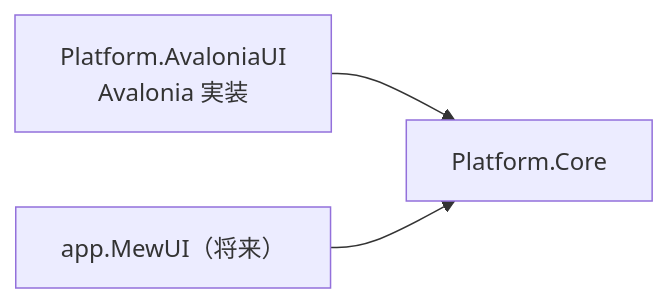
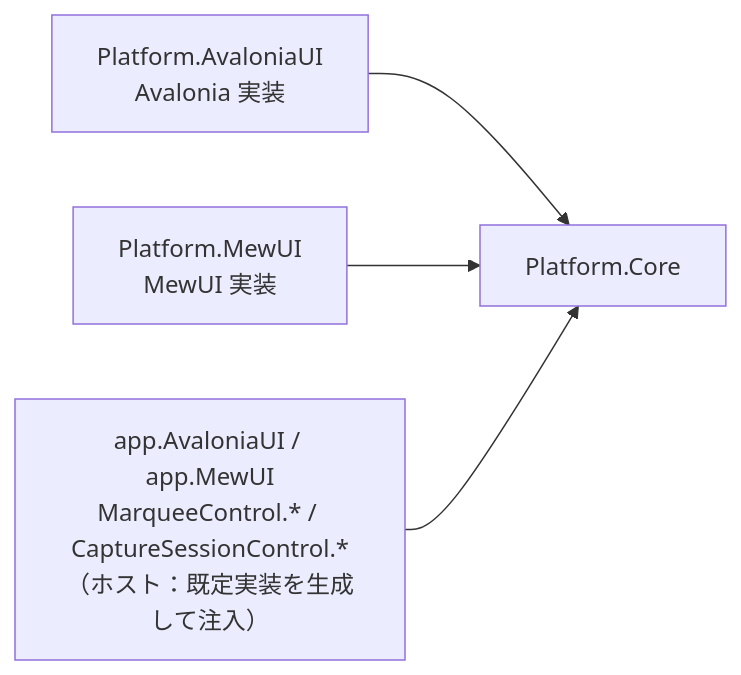
The diagram in src/Platform.Core/SPEC_System.md (tomokuni/SaveEvidence), drawn with Mermaid before and after one commit. The commit also changed other lines of this file and 128 other files, not shown here.

````diff
--- a/src/Platform.Core/SPEC_System.md
+++ b/src/Platform.Core/SPEC_System.md
@@ -16,5 +17,6 @@
 ```mermaid
 graph LR
   A[Platform.AvaloniaUI<br/>Avalonia 実装] --> C[Platform.Core]
-  B["app.MewUI（将来）"] --> C
+  B[Platform.MewUI<br/>MewUI 実装] --> C
+  H["app.AvaloniaUI / app.MewUI<br/>MarqueeControl.* / CaptureSessionControl.*<br/>（ホスト：既定実装を生成して注入）"] --> C
 ```
````
